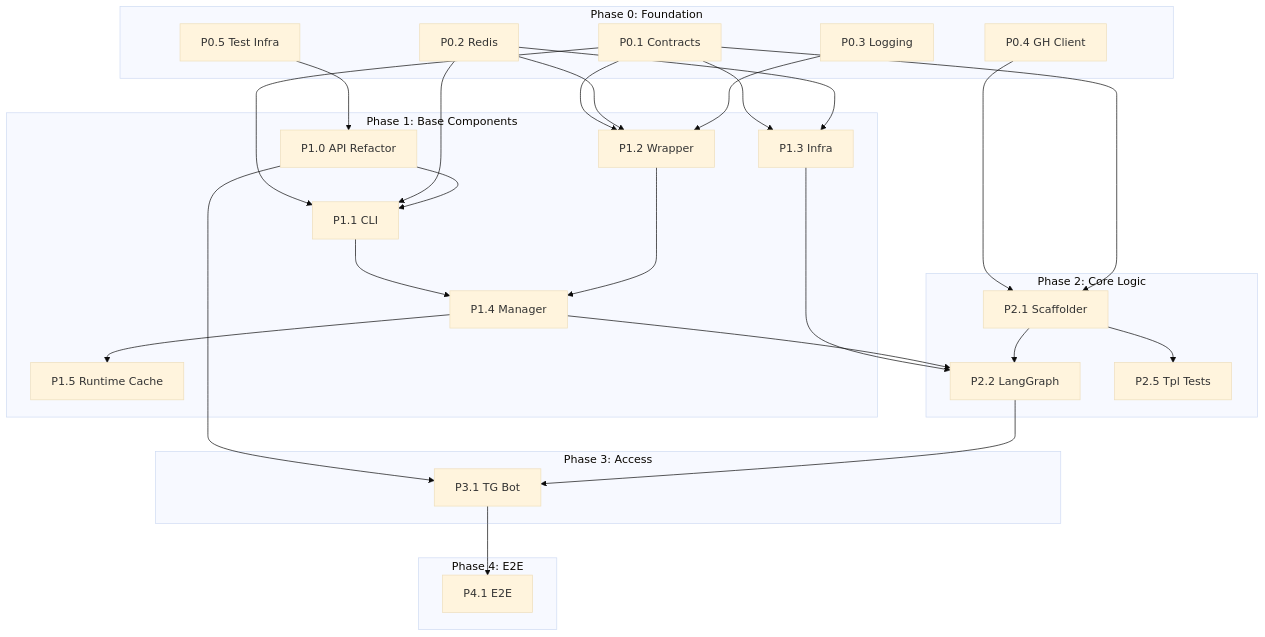
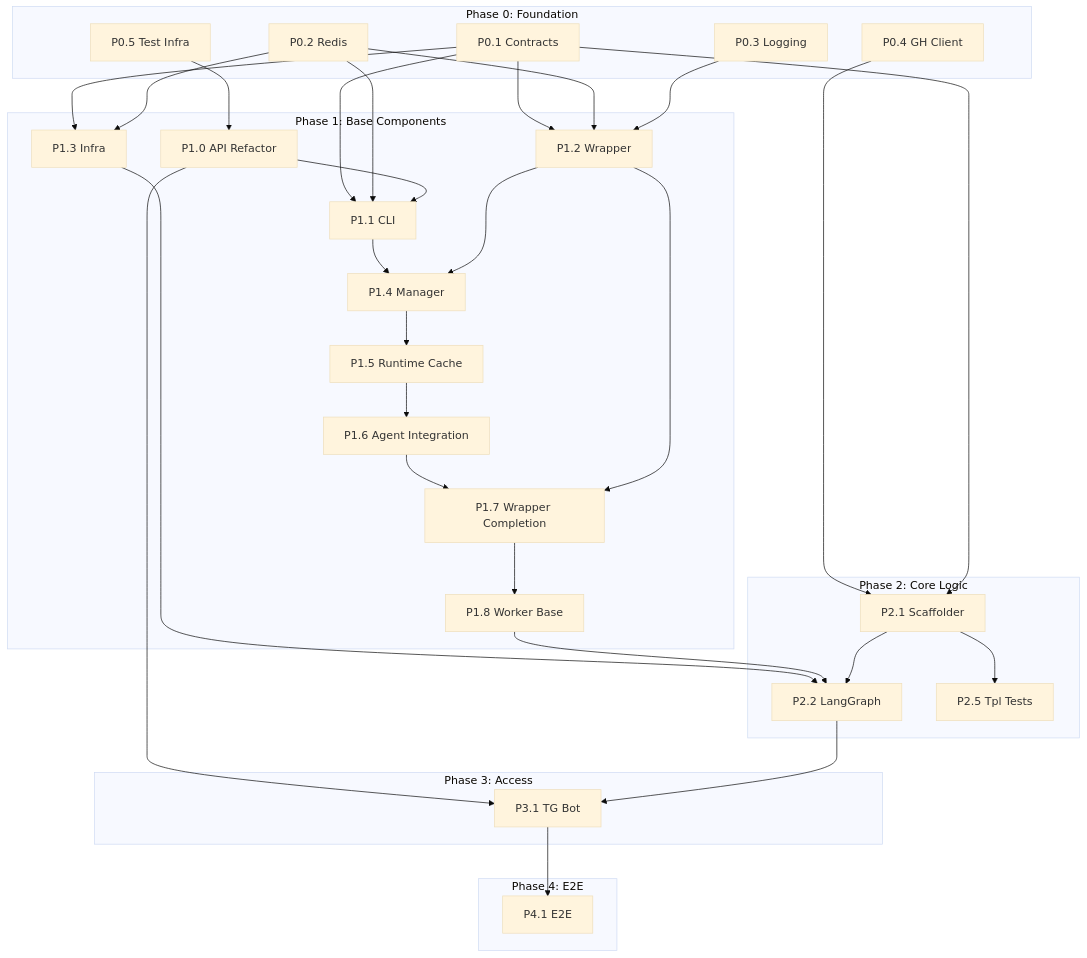
One commit to vladmesh/codegen_orchestrator changed the diagram in docs/new_architecture/MIGRATION_PLAN.md. Above: the diagram before and after it, drawn with Mermaid (base theme). The commit also changed other lines of this file and 1 other file, not shown here.

Commit message:
docs: worker-manager phases migration plan

````diff
--- a/docs/new_architecture/MIGRATION_PLAN.md
+++ b/docs/new_architecture/MIGRATION_PLAN.md
@@ -21,69 +21,74 @@
 ```mermaid
 flowchart TB
     subgraph Phase0["Phase 0: Foundation"]
         P0_1[P0.1 Contracts]
         P0_2[P0.2 Redis]
         P0_3[P0.3 Logging]
         P0_4[P0.4 GH Client]
         P0_5[P0.5 Test Infra]
     end
 
     subgraph Phase1["Phase 1: Base Components"]
         P1_0[P1.0 API Refactor]
         P1_1[P1.1 CLI]
         P1_2[P1.2 Wrapper]
         P1_3[P1.3 Infra]
         P1_4[P1.4 Manager]
-        P1_3[P1.3 Infra]
-        P1_4[P1.4 Manager]
         P1_5[P1.5 Runtime Cache]
+        P1_6[P1.6 Agent Integration]
+        P1_7[P1.7 Wrapper Completion]
+        P1_8[P1.8 Worker Base]
     end
 
     subgraph Phase2["Phase 2: Core Logic"]
         P2_1[P2.1 Scaffolder]
         P2_2[P2.2 LangGraph]
         P2_5[P2.5 Tpl Tests]
     end
 
     subgraph Phase3["Phase 3: Access"]
         P3_1[P3.1 TG Bot]
     end
 
     subgraph Phase4["Phase 4: E2E"]
         P4_1[P4.1 E2E]
     end
 
     %% Phase 1 Dependencies
     P0_5 --> P1_0
     
     P0_1 --> P1_1
     P0_2 --> P1_1
     P1_0 --> P1_1
 
     P0_1 --> P1_2
     P0_2 --> P1_2
     P0_3 --> P1_2
 
     P0_1 --> P1_3
     P0_2 --> P1_3
 
     P1_1 --> P1_4
     P1_2 --> P1_4
     P1_4 --> P1_5
+    P1_5 --> P1_6
+    P1_6 --> P1_7
+    P1_2 --> P1_7
+    P1_7 --> P1_8
 
     %% Phase 2 Dependencies
     P0_4 --> P2_1
     P0_1 --> P2_1
 
     P1_3 --> P2_2
-    P1_4 --> P2_2
+    P1_8 --> P2_2
     P2_1 --> P2_2
     P2_1 --> P2_5
 
     %% Phase 3 Dependencies
     P1_0 --> P3_1
     P2_2 --> P3_1
 
     %% Phase 4 Dependencies
     P3_1 --> P4_1
 ```
````
